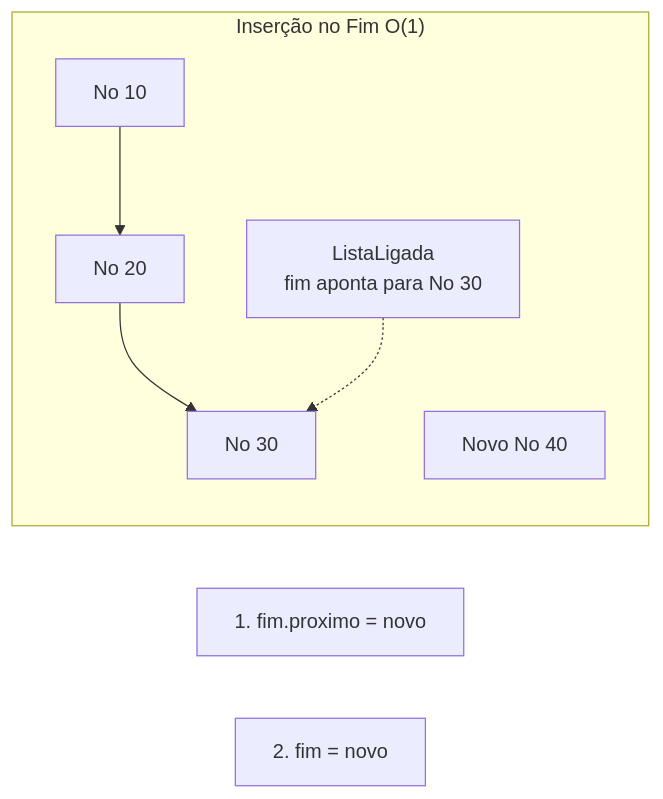
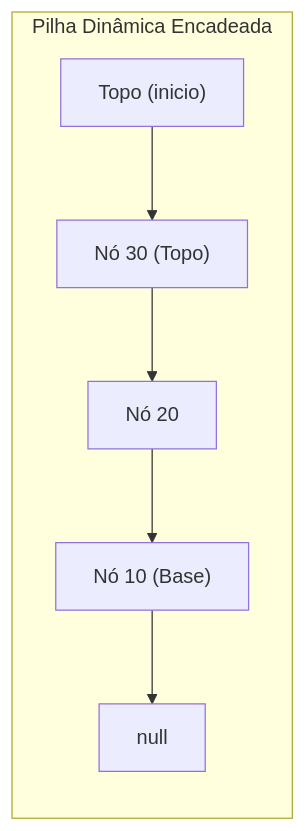
Before and after one commit to murilolol/unifef: diagram 18 of 26 in 4º Semestre/[Prof. Wesley Soares] Estrutura de Dados I/Resumos-IA/Simulados-Comentados.md, drawn with Mermaid. The commit also changed other lines of this file and 58 other files, not shown here.

````diff
--- a/4º Semestre/[Prof. Wesley Soares] Estrutura de Dados I/Resumos-IA/Simulados-Comentados.md
+++ b/4º Semestre/[Prof. Wesley Soares] Estrutura de Dados I/Resumos-IA/Simulados-Comentados.md
@@ -1118,12 +918,9 @@
 ```mermaid
 flowchart LR
-  subgraph Lista["Inserção no Fim O(1)"]
-    Ctrl["ListaLigada<br/>fim aponta para No 30"]
-    N1["No 10"] --> N2["No 20"] --> N3["No 30"]
-    Novo["Novo No 40"]
-  end
-
-  Passo1["1. fim.proximo = novo"]
-  Passo2["2. fim = novo"]
-  Ctrl -.-> N3
+    subgraph PilhaLigadaLayout["Pilha Dinâmica Encadeada"]
+        TopPtr["Topo (inicio)"] --> N3["Nó 30 (Topo)"]
+        N3 --> N2["Nó 20"]
+        N2 --> N1["Nó 10 (Base)"]
+        N1 --> NullPtr["null"]
+    end
 ```
````
